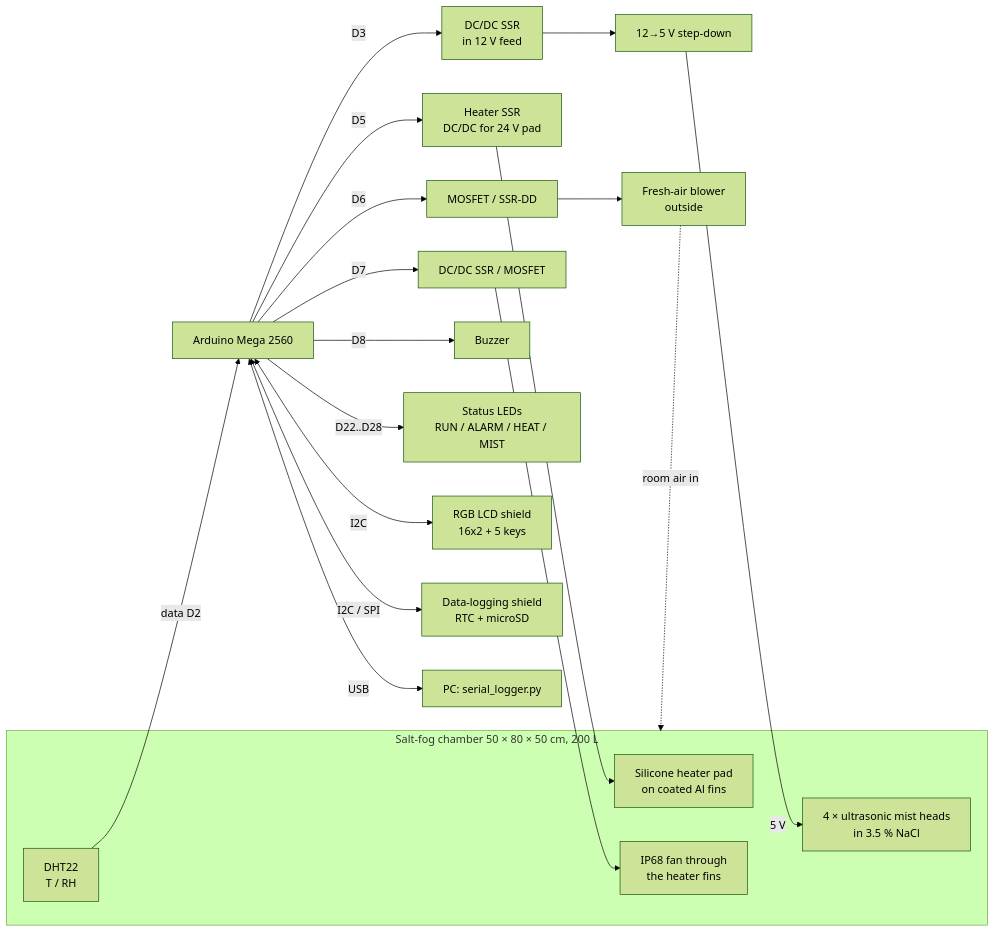
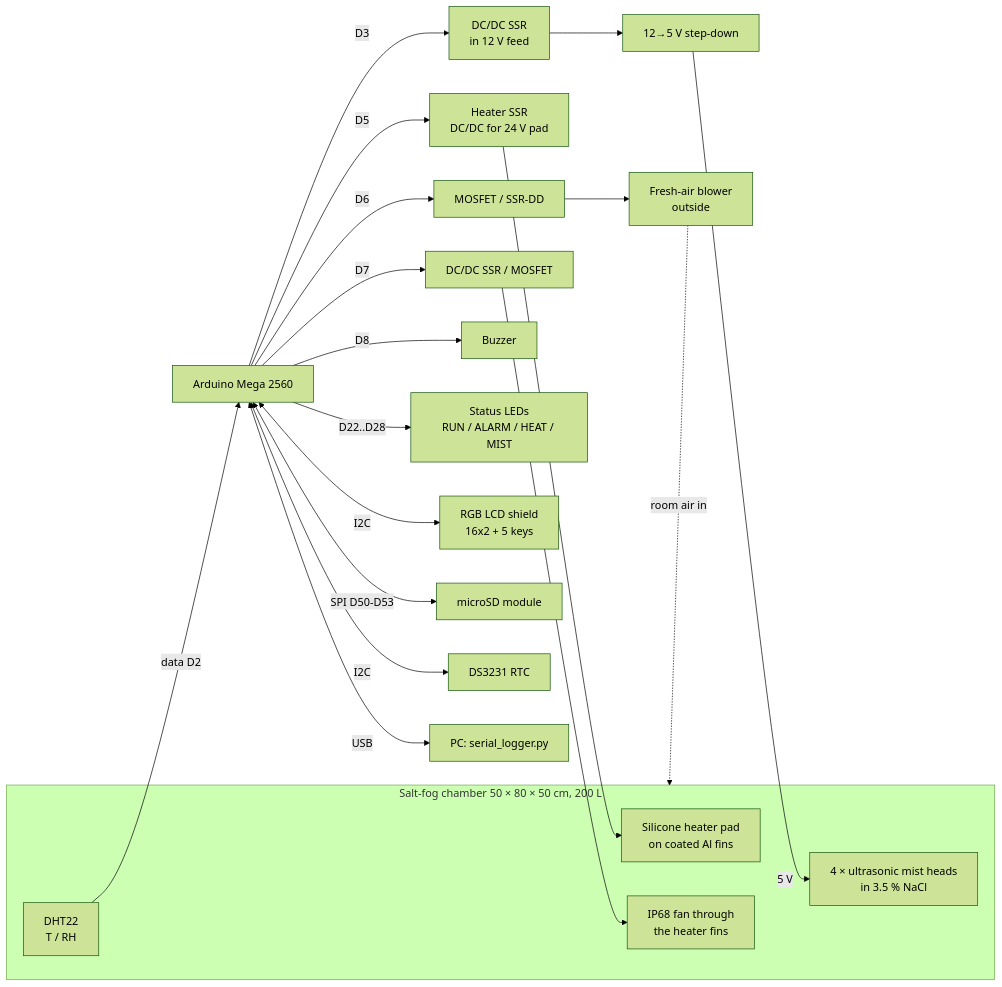
One commit to iisangon-gif/Stress-Corrosion-Cracking-Test-Chamber changed the diagram in docs/control-design.md. Above: the diagram before and after it, drawn with Mermaid (forest theme). The commit also changed other lines of this file and 16 other files, not shown here.

````diff
--- a/docs/control-design.md
+++ b/docs/control-design.md
@@ -21,20 +22,21 @@
 ```mermaid
 flowchart LR
     subgraph Chamber["Salt-fog chamber 50 × 80 × 50 cm, 200 L"]
         DHT[DHT22<br/>T / RH]
         MIST[4 × ultrasonic mist heads<br/>in 3.5 % NaCl]
         HTR[Silicone heater pad<br/>on coated Al fins]
         CF[IP68 fan through<br/>the heater fins]
     end
     FA[Fresh-air blower<br/>outside] -. room air in .-> Chamber
     DHT -- data D2 --> MEGA
     MEGA[Arduino Mega 2560] -- D3 --> M1[DC/DC SSR<br/>in 12 V feed] --> BK[12→5 V step-down] -- 5 V --> MIST
     MEGA -- D5 --> S1[Heater SSR<br/>DC/DC for 24 V pad] --> HTR
     MEGA -- D6 --> M2[MOSFET / SSR-DD] --> FA
     MEGA -- D7 --> M3[DC/DC SSR / MOSFET] --> CF
     MEGA -- D8 --> AL[Buzzer]
     MEGA -- D22..D28 --> LED[Status LEDs<br/>RUN / ALARM / HEAT / MIST]
     MEGA <-- I2C --> LCD[RGB LCD shield<br/>16x2 + 5 keys]
-    MEGA <-- I2C / SPI --> LOG[Data-logging shield<br/>RTC + microSD]
+    MEGA <-- SPI D50-D53 --> SDM[microSD module]
+    MEGA <-- I2C --> RTC[DS3231 RTC]
     MEGA <-- USB --> PC[PC: serial_logger.py]
 ```
````
